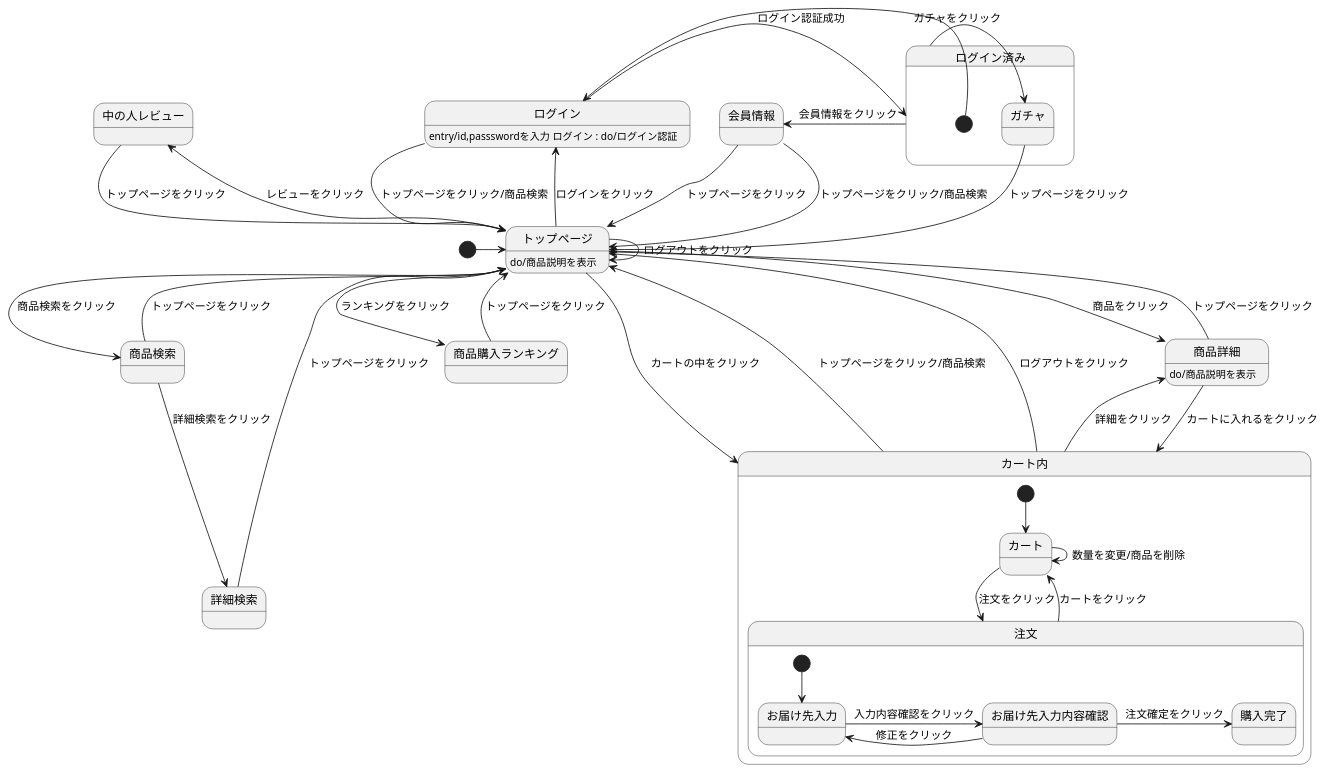
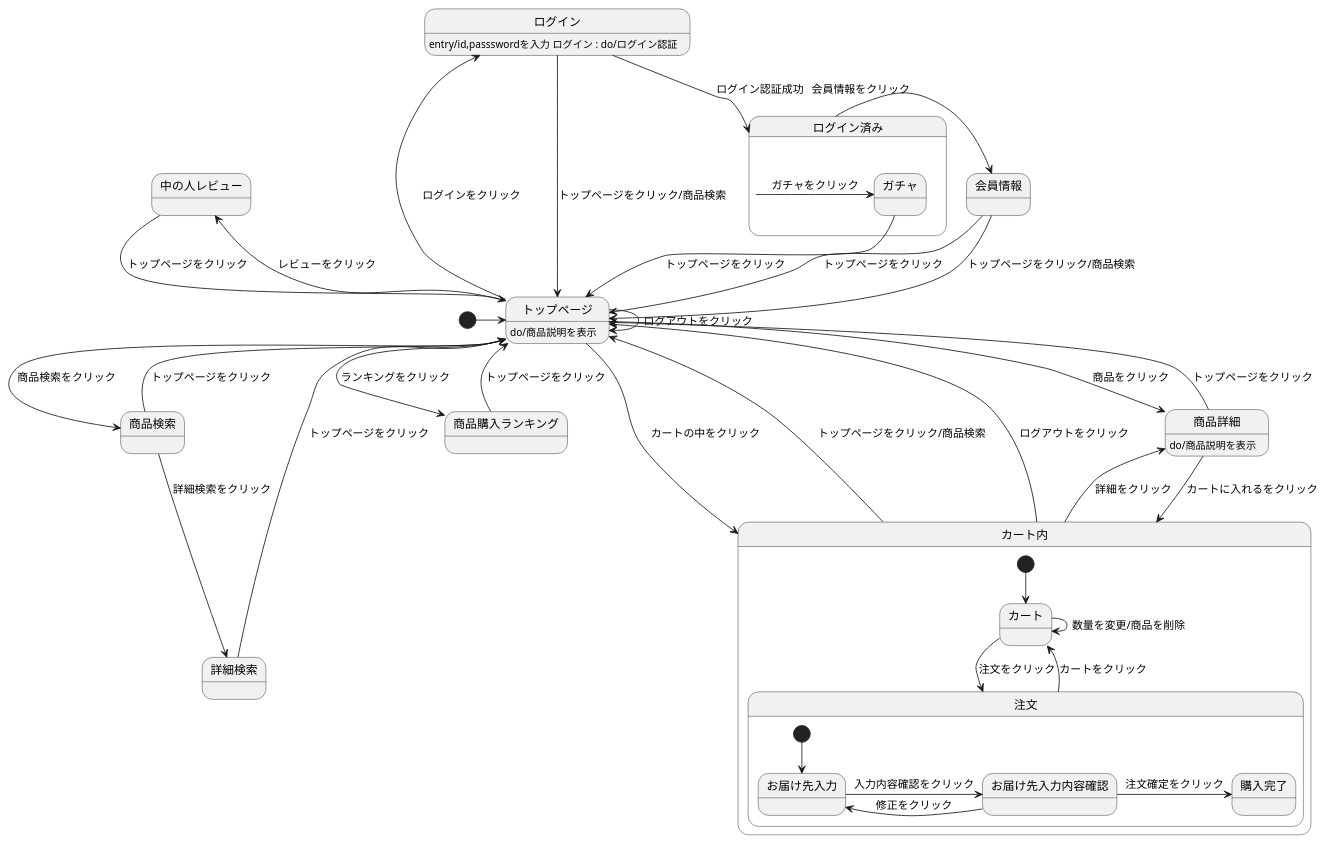
The diagram in 4_01.md (Aso2001220/2021sys-design), drawn with PlantUML before and after one commit.

````diff
--- a/4_01.md
+++ b/4_01.md
@@ -1,48 +1,47 @@
 ```uml
 @startuml
 
 [*] -> トップページ
 会員情報 --> トップページ : トップページをクリック/商品検索
 ログイン --> トップページ : トップページをクリック/商品検索
 ログイン --> ログイン済み : ログイン認証成功
 ログイン : entry/id,passswordを入力 ログイン : do/ログイン認証
 state ログイン済み{
-[*] --> ログイン
 ログイン済み -> 会員情報 : 会員情報をクリック
 ログイン済み -> ガチャ : ガチャをクリック
 ガチャ --> トップページ : トップページをクリック
 会員情報 --> トップページ : トップページをクリック
 }
 トップページ --> トップページ : ログアウトをクリック
 トップページ -> 商品検索 : 商品検索をクリック
 トップページ -> 商品詳細 : 商品をクリック
 トップページ -left-> ログイン : ログインをクリック
 トップページ -left-> 中の人レビュー : レビューをクリック
 トップページ -> 商品購入ランキング : ランキングをクリック
 トップページ --> カート内 : カートの中をクリック
 トップページ : do/商品説明を表示
 商品詳細 --> カート内 : カートに入れるをクリック
 商品詳細 --> トップページ : トップページをクリック
 商品詳細 : do/商品説明を表示
 カート内 -up-> トップページ : トップページをクリック/商品検索
 カート内 -up-> トップページ : ログアウトをクリック
 カート内 -> 商品詳細 : 詳細をクリック
 中の人レビュー --> トップページ : トップページをクリック
 商品検索 --> 詳細検索 : 詳細検索をクリック
 商品検索 --> トップページ : トップページをクリック
 詳細検索 --> トップページ : トップページをクリック
 商品購入ランキング --> トップページ : トップページをクリック
 state カート内{
 [*] --> カート 
 カート -> 注文 : 注文をクリック
 カート -> カート : 数量を変更/商品を削除
 注文 --> カート : カートをクリック
 state 注文{ 
 [*] --> お届け先入力
 お届け先入力 -> お届け先入力内容確認 : 入力内容確認をクリック
 お届け先入力内容確認 -> お届け先入力 : 修正をクリック
 お届け先入力内容確認 -> 購入完了 : 注文確定をクリック
 } 
 }
 @enduml
 ```
````
